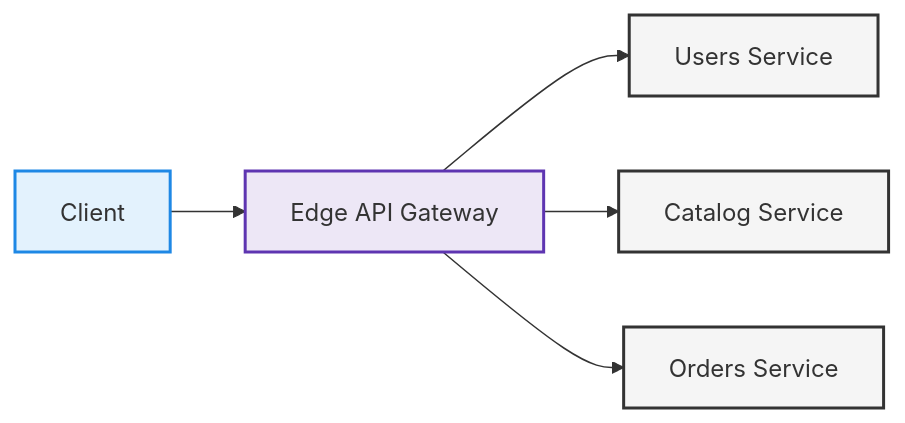
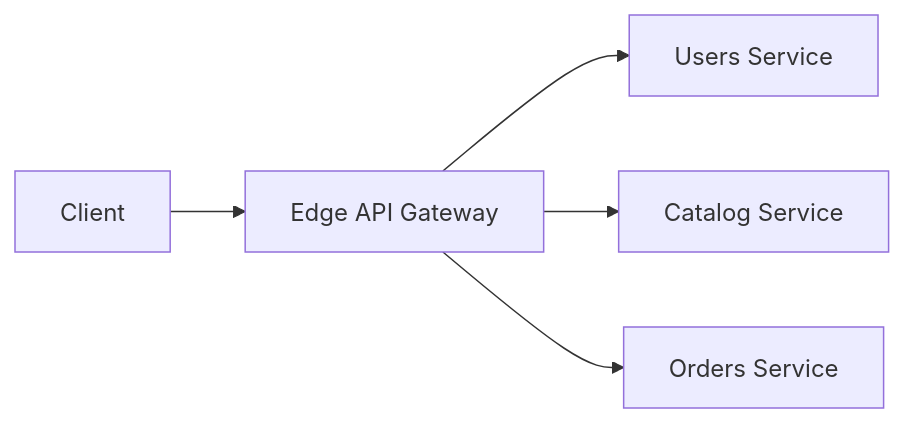
One commit to JoaquinBenegas2/distributed-systems-in-java changed the third of 7 diagrams in api-gateway/API-GATEWAY.md. Above: the diagram before and after it, drawn with Mermaid. The commit also changed other lines of this file, not shown here.

Commit message:
docs(api-gateway): remove redundant class definitions and colors from diagrams

````diff
--- a/api-gateway/API-GATEWAY.md
+++ b/api-gateway/API-GATEWAY.md
@@ -250,15 +236,7 @@
 ```mermaid
 flowchart LR
     Client[Client] --> EdgeGateway[Edge API Gateway]
     EdgeGateway --> UsersService[Users Service]
     EdgeGateway --> CatalogService[Catalog Service]
     EdgeGateway --> OrdersService[Orders Service]
-
-    classDef client fill:#e3f2fd,stroke:#1e88e5,stroke-width:2px
-    classDef gateway fill:#ede7f6,stroke:#5e35b1,stroke-width:2px
-    classDef service fill:#f5f5f5,stroke:#333,stroke-width:2px
-
-    class Client client
-    class EdgeGateway gateway
-    class UsersService,CatalogService,OrdersService service
 ```
````
